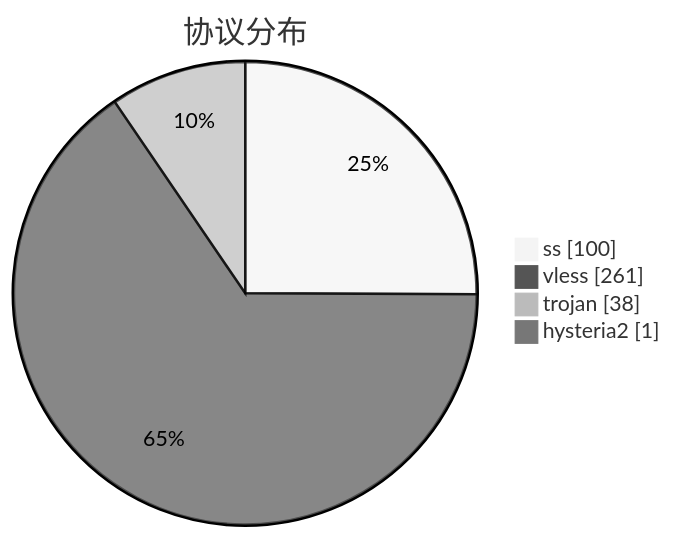
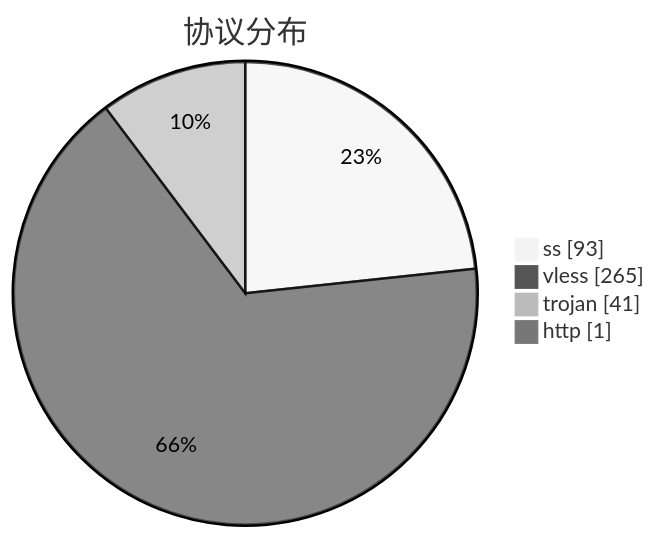
Before and after one commit to qjlxg/airport: the third of 3 diagrams in subs/statistics/tested_within.md, drawn with Mermaid (neutral theme). The commit also changed other lines of this file and 2 other files, not shown here.

````diff
--- a/subs/statistics/tested_within.md
+++ b/subs/statistics/tested_within.md
@@ -19,8 +20,8 @@
 ```mermaid
 pie showData
 title 协议分布
-"ss" : 100
-"vless" : 261
-"trojan" : 38
-"hysteria2" : 1
+"ss" : 93
+"vless" : 265
+"trojan" : 41
+"http" : 1
 ```
````
